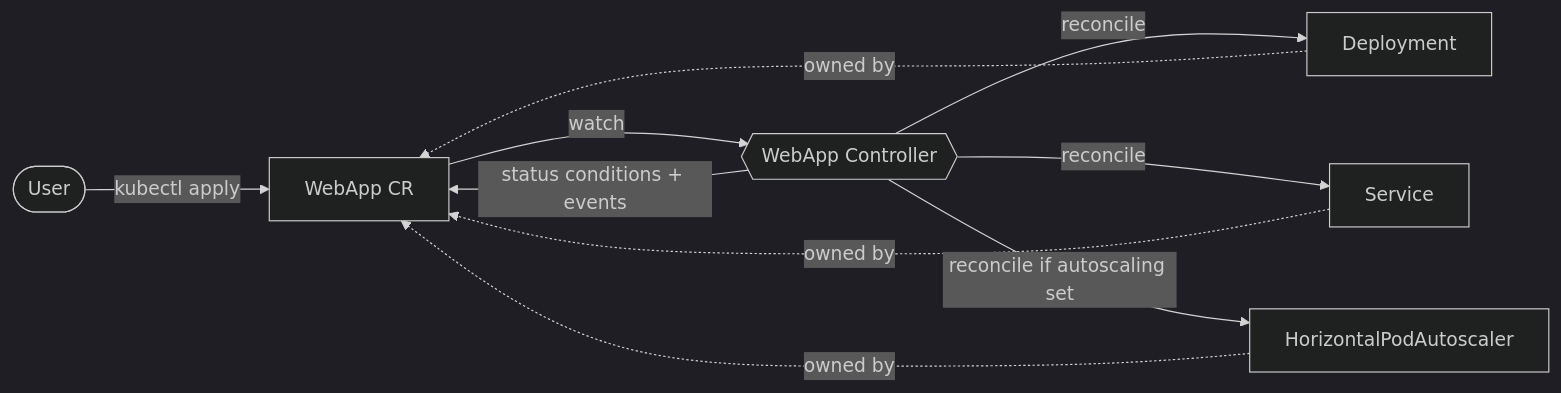
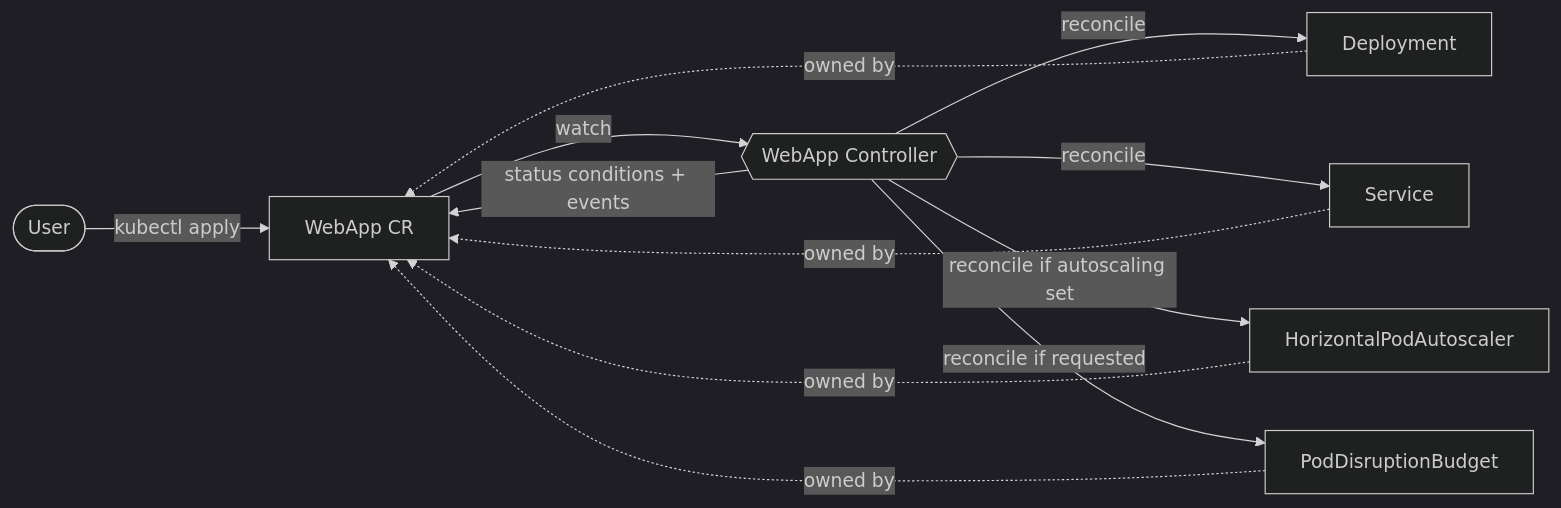
One commit to Mampiz/webapp-operator changed the diagram in README.md. Above: the diagram before and after it, drawn with Mermaid (dark theme). The commit also changed other lines of this file and 20 other files, not shown here.

Commit message:
feat and docs: resources, probes, pod hardening and PDB for managed workloads

````diff
--- a/README.md
+++ b/README.md
@@ -39,12 +39,14 @@
 ```mermaid
 flowchart LR
     user([User]) -->|kubectl apply| webapp[WebApp CR]
     webapp -->|watch| ctrl{{WebApp Controller}}
     ctrl -->|reconcile| dep[Deployment]
     ctrl -->|reconcile| svc[Service]
     ctrl -->|reconcile if autoscaling set| hpa[HorizontalPodAutoscaler]
+    ctrl -->|reconcile if requested| pdb[PodDisruptionBudget]
     ctrl -->|status conditions + events| webapp
     dep -.owned by.-> webapp
     svc -.owned by.-> webapp
     hpa -.owned by.-> webapp
+    pdb -.owned by.-> webapp
 ```
````
